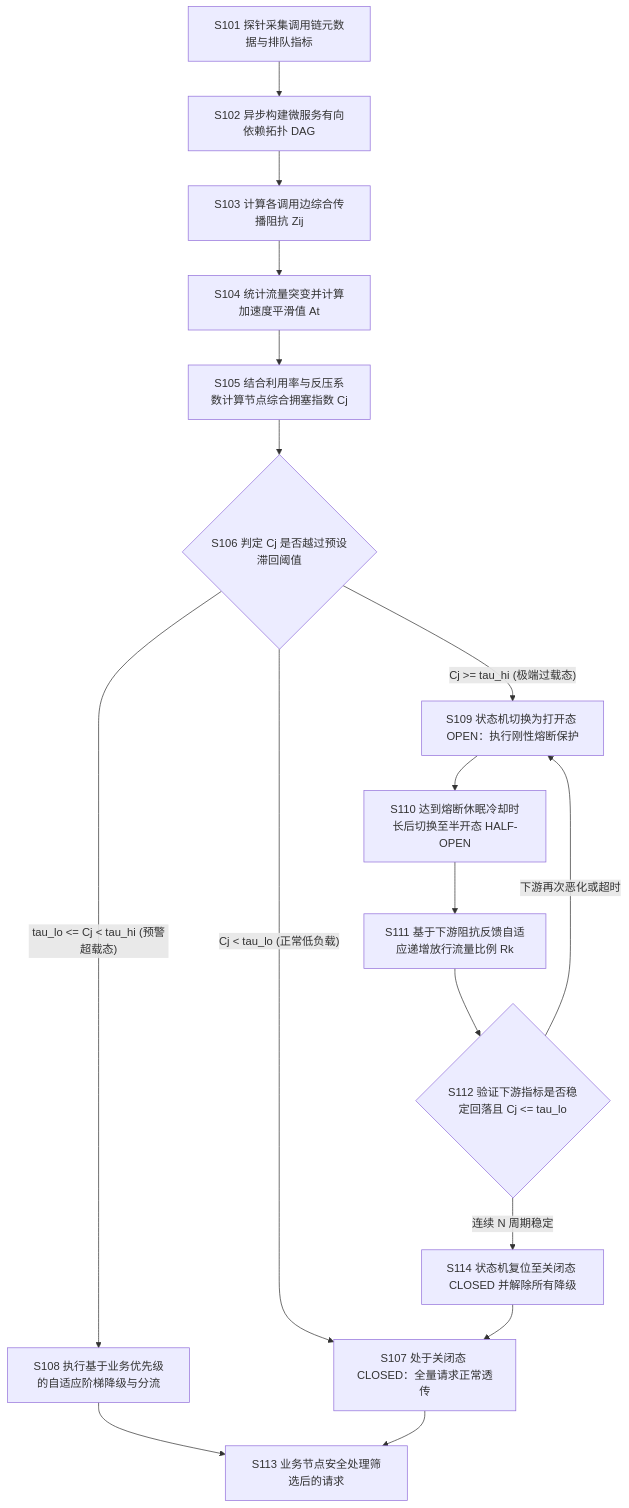
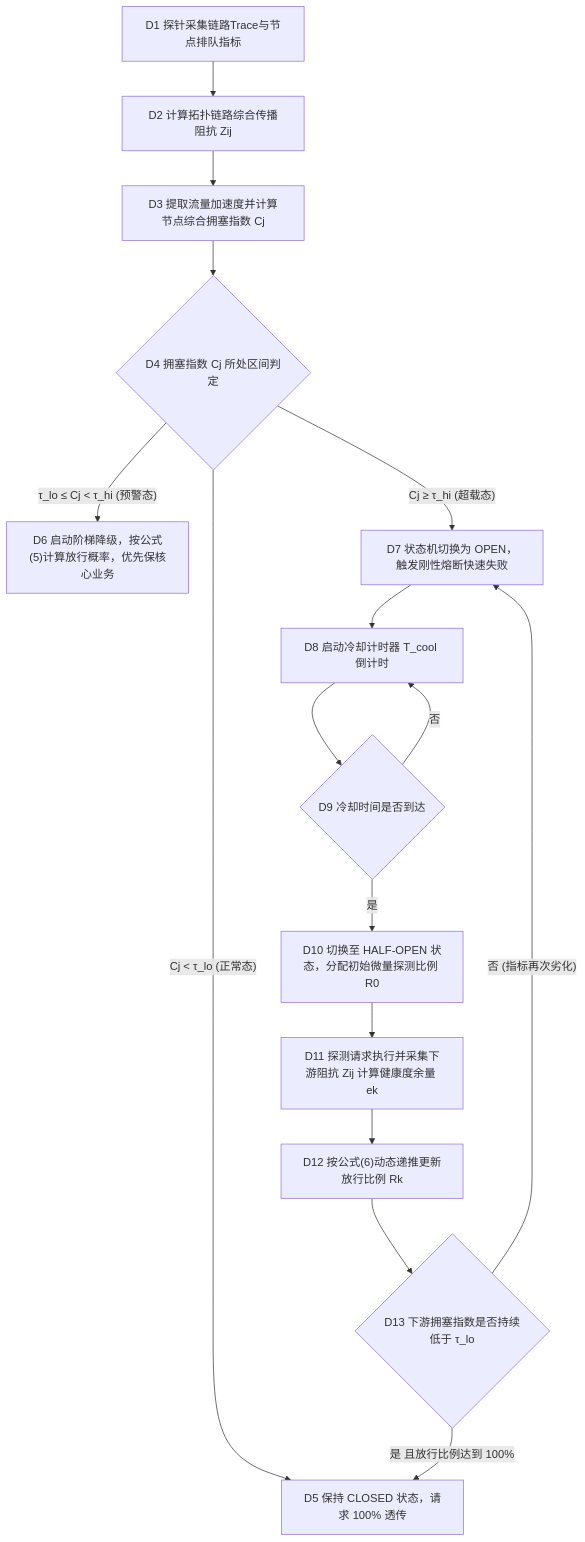
The second of 2 diagrams in outputs/基于分布式调用拓扑与拥塞感知的自适应请求降级与熔断方法及系统/一种基于分布式调用拓扑与拥塞感知的自适应请求降级与熔断方法及系统.md (felix-zoe/patent), drawn with Mermaid before and after one commit. The commit also changed other lines of this file and 10 other files, not shown here.

````diff
--- a/outputs/基于分布式调用拓扑与拥塞感知的自适应请求降级与熔断方法及系统/一种基于分布式调用拓扑与拥塞感知的自适应请求降级与熔断方法及系统.md
+++ b/outputs/基于分布式调用拓扑与拥塞感知的自适应请求降级与熔断方法及系统/一种基于分布式调用拓扑与拥塞感知的自适应请求降级与熔断方法及系统.md
@@ -210,23 +179,18 @@
 ```mermaid
 flowchart TD
-    S101["S101 探针采集调用链元数据与排队指标"] --> S102["S102 异步构建微服务有向依赖拓扑 DAG"]
-    S102 --> S103["S103 计算各调用边综合传播阻抗 Zij"]
-    S103 --> S104["S104 统计流量突变并计算加速度平滑值 At"]
-    S104 --> S105["S105 结合利用率与反压系数计算节点综合拥塞指数 Cj"]
-    S105 --> S106{"S106 判定 Cj 是否越过预设滞回阈值"}
-    
-    S106 -->|"Cj < tau_lo (正常低负载)"| S107["S107 处于关闭态 CLOSED：全量请求正常透传"]
-    S106 -->|"tau_lo <= Cj < tau_hi (预警超载态)"| S108["S108 执行基于业务优先级的自适应阶梯降级与分流"]
-    S106 -->|"Cj >= tau_hi (极端过载态)"| S109["S109 状态机切换为打开态 OPEN：执行刚性熔断保护"]
-    
-    S108 --> S113["S113 业务节点安全处理筛选后的请求"]
-    S107 --> S113
-    
-    S109 --> S110["S110 达到熔断休眠冷却时长后切换至半开态 HALF-OPEN"]
-    S110 --> S111["S111 基于下游阻抗反馈自适应递增放行流量比例 Rk"]
-    S111 --> S112{"S112 验证下游指标是否稳定回落且 Cj <= tau_lo"}
-    
-    S112 -->|"连续 N 周期稳定"| S114["S114 状态机复位至关闭态 CLOSED 并解除所有降级"]
-    S112 -->|"下游再次恶化或超时"| S109
-    S114 --> S107
+  D1["D1 探针采集链路Trace与节点排队指标"] --> D2["D2 计算拓扑链路综合传播阻抗 Zij"]
+  D2 --> D3["D3 提取流量加速度并计算节点综合拥塞指数 Cj"]
+  D3 --> D4{"D4 拥塞指数 Cj 所处区间判定"}
+  D4 --"Cj < τ_lo (正常态)"--> D5["D5 保持 CLOSED 状态，请求 100% 透传"]
+  D4 --"τ_lo ≤ Cj < τ_hi (预警态)"--> D6["D6 启动阶梯降级，按公式(5)计算放行概率，优先保核心业务"]
+  D4 --"Cj ≥ τ_hi (超载态)"--> D7["D7 状态机切换为 OPEN，触发刚性熔断快速失败"]
+  D7 --> D8["D8 启动冷却计时器 T_cool 倒计时"]
+  D8 --> D9{"D9 冷却时间是否到达"}
+  D9 --"否"--> D8
+  D9 --"是"--> D10["D10 切换至 HALF-OPEN 状态，分配初始微量探测比例 R0"]
+  D10 --> D11["D11 探测请求执行并采集下游阻抗 Zij 计算健康度余量 ek"]
+  D11 --> D12["D12 按公式(6)动态递推更新放行比例 Rk"]
+  D12 --> D13{"D13 下游拥塞指数是否持续低于 τ_lo"}
+  D13 --"否 (指标再次劣化)"--> D7
+  D13 --"是 且放行比例达到 100%"--> D5
 ```
````
